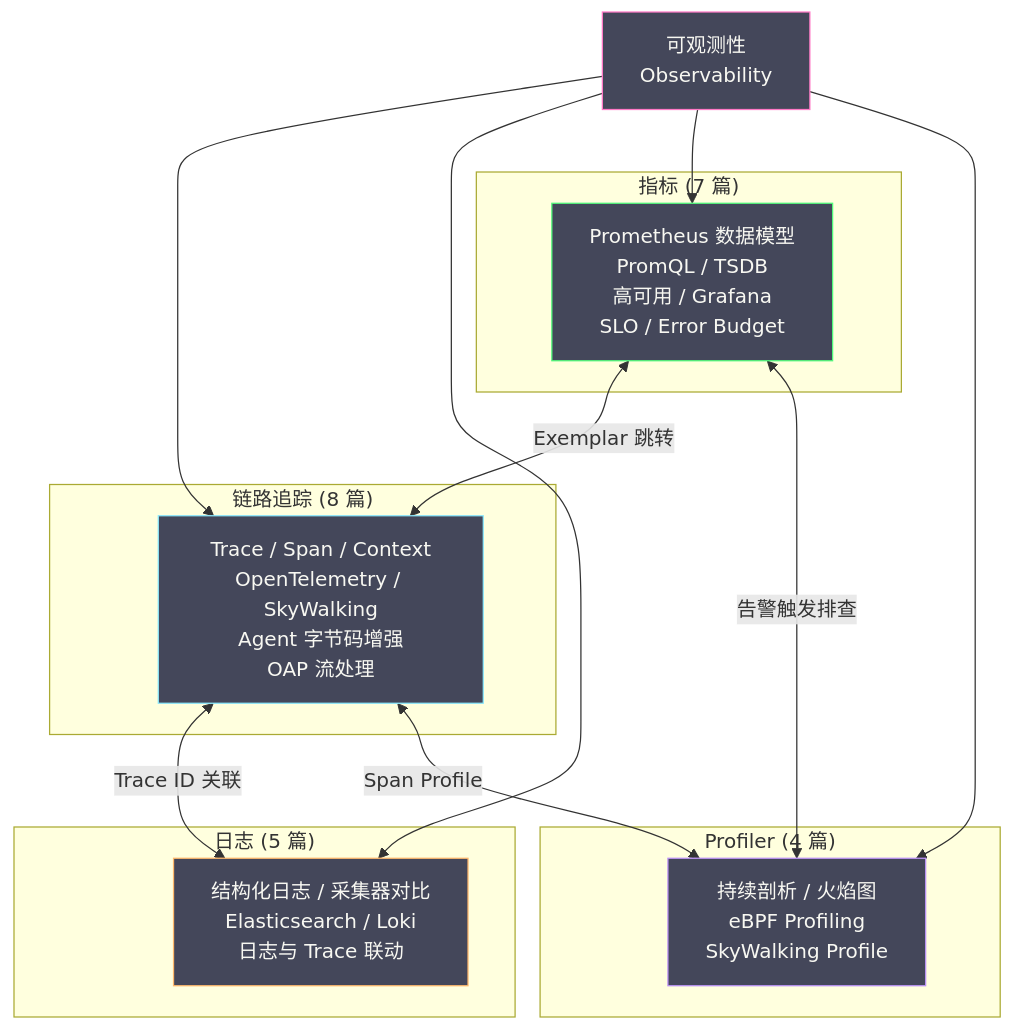
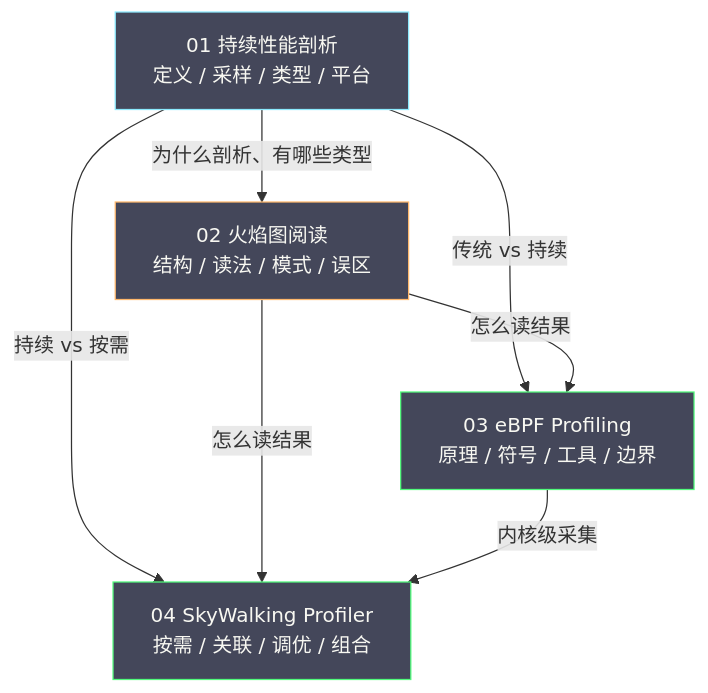
One commit to hpliStartAgain/my-brain changed the third of 3 diagrams in content/可观测/Profiler/04 SkyWalking 集成 Profiler.md. Above: the diagram before and after it, drawn with Mermaid. The commit also changed other lines of this file and 511 other files, not shown here.

````diff
--- a/content/可观测/Profiler/04 SkyWalking 集成 Profiler.md
+++ b/content/可观测/Profiler/04 SkyWalking 集成 Profiler.md
@@ -288,43 +551,22 @@
 ```mermaid
 %%{init: {'theme': 'dracula'}}%%
 graph TD
-    OBS["可观测性</br>Observability"]
+    A["01 持续性能剖析<br/>定义 / 采样 / 类型 / 平台"]
+    B["02 火焰图阅读<br/>结构 / 读法 / 模式 / 误区"]
+    C["03 eBPF Profiling<br/>原理 / 符号 / 工具 / 边界"]
+    D["04 SkyWalking Profiler<br/>按需 / 关联 / 调优 / 组合"]
 
-    subgraph "链路追踪 (8 篇)"
-        T["Trace / Span / Context</br>OpenTelemetry / SkyWalking</br>Agent 字节码增强</br>OAP 流处理"]
-    end
+    A -->|"为什么剖析、有哪些类型"| B
+    A -->|"传统 vs 持续"| C
+    A -->|"持续 vs 按需"| D
+    B -->|"怎么读结果"| C
+    B -->|"怎么读结果"| D
+    C -->|"内核级采集"| D
 
-    subgraph "日志 (5 篇)"
-        L["结构化日志 / 采集器对比</br>Elasticsearch / Loki</br>日志与 Trace 联动"]
-    end
-
-    subgraph "指标 (7 篇)"
-        M["Prometheus 数据模型</br>PromQL / TSDB</br>高可用 / Grafana</br>SLO / Error Budget"]
-    end
-
-    subgraph "Profiler (4 篇)"
-        P["持续剖析 / 火焰图</br>eBPF Profiling</br>SkyWalking Profile"]
-    end
-
-    OBS --> T
-    OBS --> L
-    OBS --> M
-    OBS --> P
-
-    T <-->|"Trace ID 关联"| L
-    M <-->|"Exemplar 跳转"| T
-    T <-->|"Span Profile"| P
-    M <-->|"告警触发排查"| P
-
-    classDef obs fill:#44475a,stroke:#ff79c6,color:#f8f8f2
-    classDef trace fill:#44475a,stroke:#8be9fd,color:#f8f8f2
-    classDef log fill:#44475a,stroke:#ffb86c,color:#f8f8f2
-    classDef metric fill:#44475a,stroke:#50fa7b,color:#f8f8f2
-    classDef prof fill:#44475a,stroke:#bd93f9,color:#f8f8f2
-
-    class OBS obs
-    class T trace
-    class L log
-    class M metric
-    class P prof
+    classDef base fill:#44475a,stroke:#8be9fd,color:#f8f8f2
+    classDef core fill:#44475a,stroke:#ffb86c,color:#f8f8f2
+    classDef tool fill:#44475a,stroke:#50fa7b,color:#f8f8f2
+    class A base
+    class B core
+    class C,D tool
 ```
````
